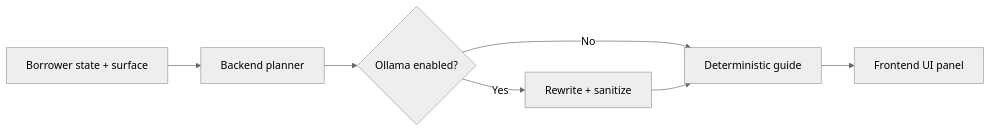
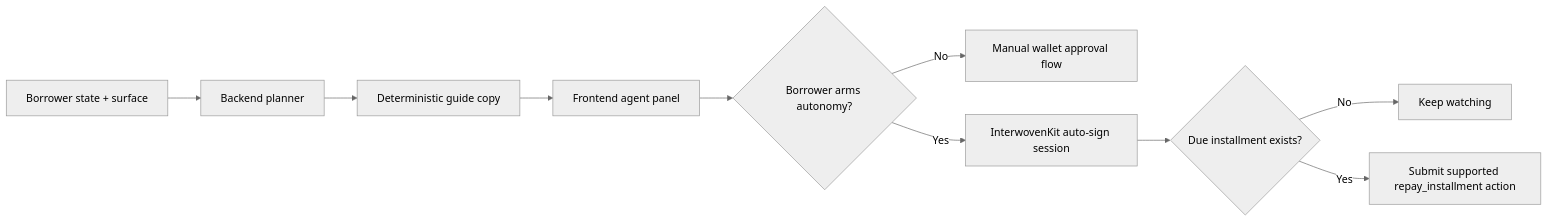
The diagram in docs-site/docs/guide/agentic-system.md (ntfound-dev/lendpay), drawn with Mermaid (neutral theme) before and after one commit. The commit also changed other lines of this file and 8 other files, not shown here.

Commit message:
feat: add borrower-approved agent auto-repay

````diff
--- a/docs-site/docs/guide/agentic-system.md
+++ b/docs-site/docs/guide/agentic-system.md
@@ -77,9 +110,12 @@
 ```mermaid
 flowchart LR
   A[Borrower state + surface] --> B[Backend planner]
-  B --> C{Ollama enabled?}
-  C -- No --> D[Deterministic guide]
-  C -- Yes --> E[Rewrite + sanitize]
-  E --> D
-  D --> F[Frontend UI panel]
+  B --> C[Deterministic guide copy]
+  C --> D[Frontend agent panel]
+  D --> E{Borrower arms autonomy?}
+  E -- No --> F[Manual wallet approval flow]
+  E -- Yes --> G[InterwovenKit auto-sign session]
+  G --> H{Due installment exists?}
+  H -- No --> I[Keep watching]
+  H -- Yes --> J[Submit supported repay_installment action]
 ```
````
